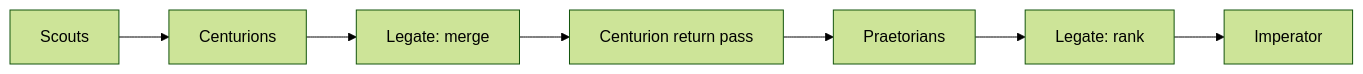
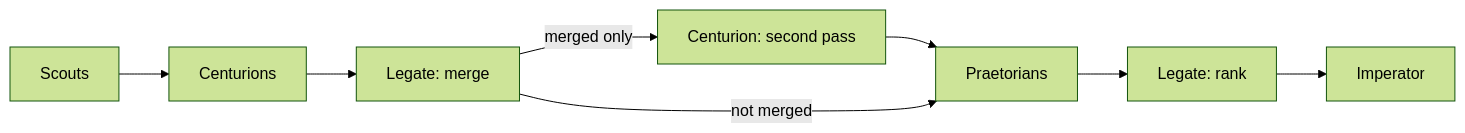
One commit to Nodemana/cause-n-effect changed the diagram in README.md. Above: the diagram before and after it, drawn with Mermaid (forest theme). The commit also changed other lines of this file and 8 other files, not shown here.

First line of the commit message:
Document that only merged findings get a second thesis pass.

````diff
--- a/README.md
+++ b/README.md
@@ -8,4 +8,7 @@
 ```mermaid
 flowchart LR
-  S[Scouts] --> C1[Centurions] --> M[Legate: merge] --> C2[Centurion return pass] --> P[Praetorians] --> R[Legate: rank] --> I[Imperator]
+  S[Scouts] --> C1[Centurions] --> M[Legate: merge]
+  M -->|merged only| C2[Centurion: second pass] --> P[Praetorians]
+  M -->|not merged| P
+  P --> R[Legate: rank] --> I[Imperator]
 ```
````
